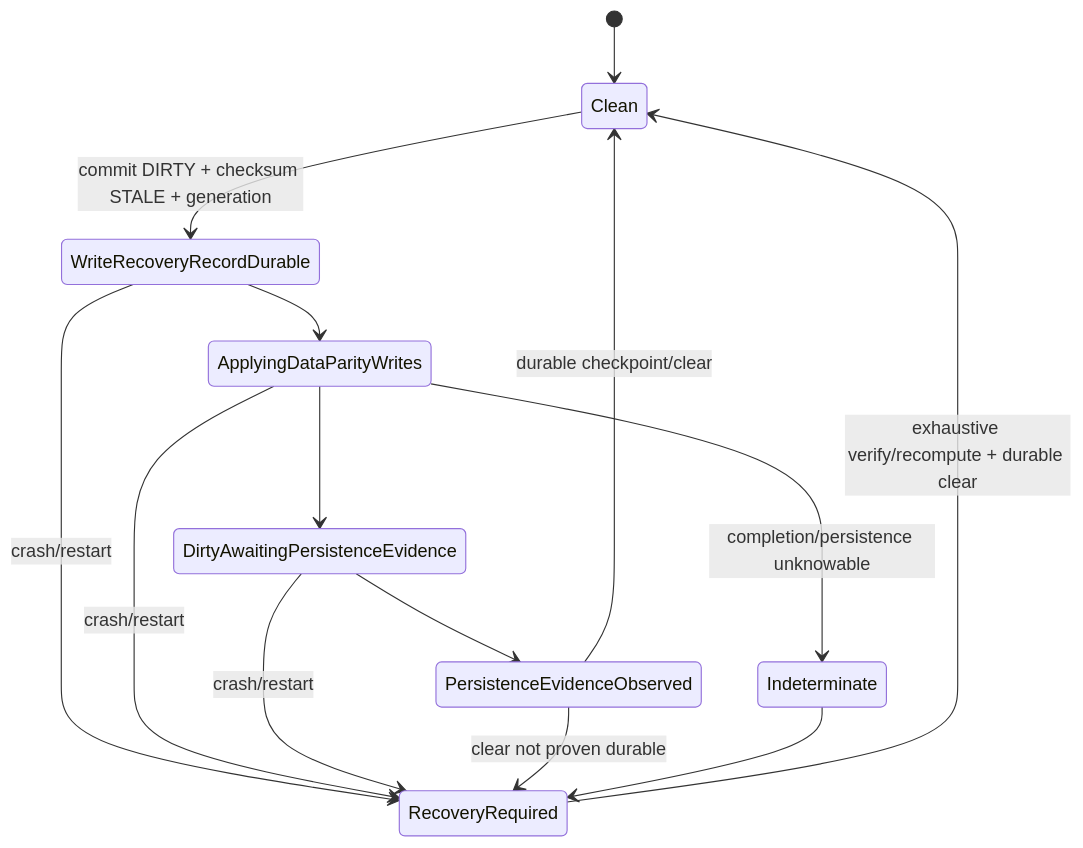
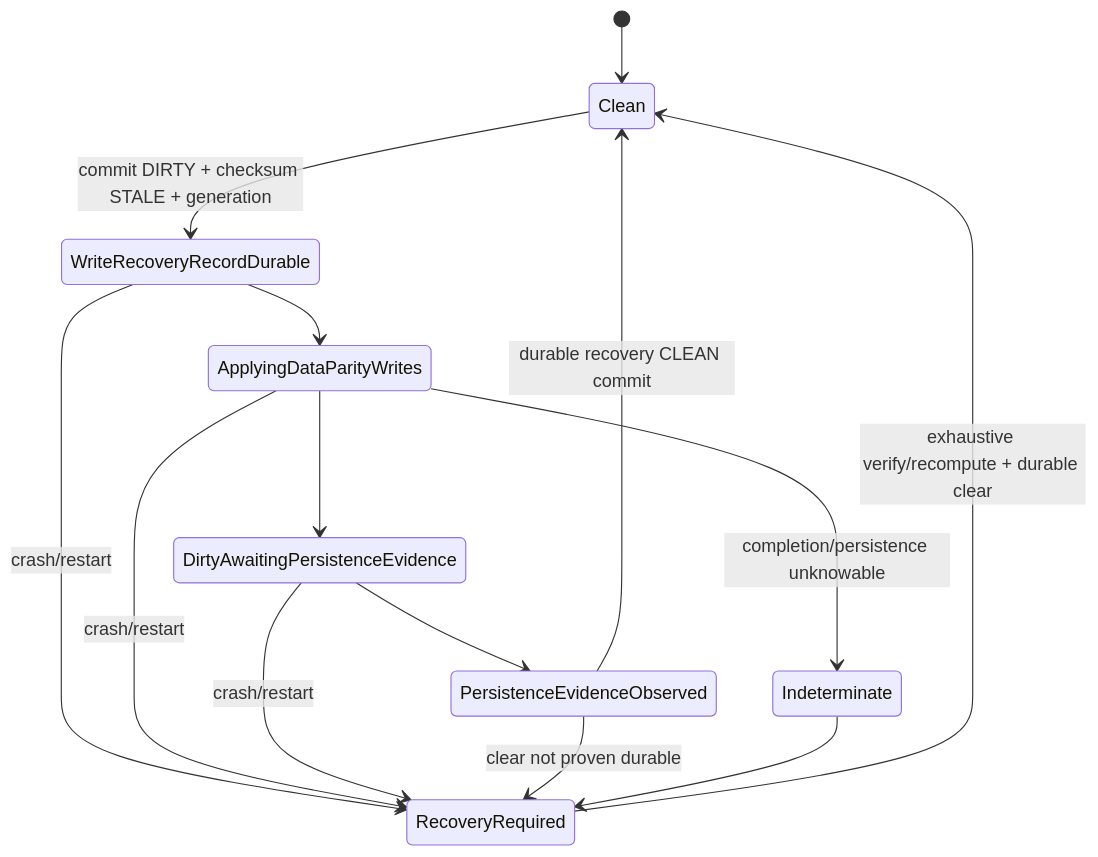
The eighth of 23 diagrams in docs/architecture/diskweave-architecture-roadmap-v0.8.md (dvicory/DiskWeave), drawn with Mermaid before and after one commit. The commit also changed other lines of this file and 3 other files, not shown here.

Commit message:
docs(vocabulary): finalize recovery terminology and planning evidence

````diff
--- a/docs/architecture/diskweave-architecture-roadmap-v0.8.md
+++ b/docs/architecture/diskweave-architecture-roadmap-v0.8.md
@@ -1471,17 +1471,17 @@
 ```mermaid
 stateDiagram-v2
     [*] --> Clean
     Clean --> WriteRecoveryRecordDurable: commit DIRTY + checksum STALE + generation
     WriteRecoveryRecordDurable --> ApplyingDataParityWrites
     ApplyingDataParityWrites --> DirtyAwaitingPersistenceEvidence
     DirtyAwaitingPersistenceEvidence --> PersistenceEvidenceObserved
-    PersistenceEvidenceObserved --> Clean: durable checkpoint/clear
+    PersistenceEvidenceObserved --> Clean: durable recovery CLEAN commit
 
     WriteRecoveryRecordDurable --> RecoveryRequired: crash/restart
     ApplyingDataParityWrites --> RecoveryRequired: crash/restart
     DirtyAwaitingPersistenceEvidence --> RecoveryRequired: crash/restart
     PersistenceEvidenceObserved --> RecoveryRequired: clear not proven durable
     ApplyingDataParityWrites --> Indeterminate: completion/persistence unknowable
     Indeterminate --> RecoveryRequired
     RecoveryRequired --> Clean: exhaustive verify/recompute + durable clear
 ```
````
